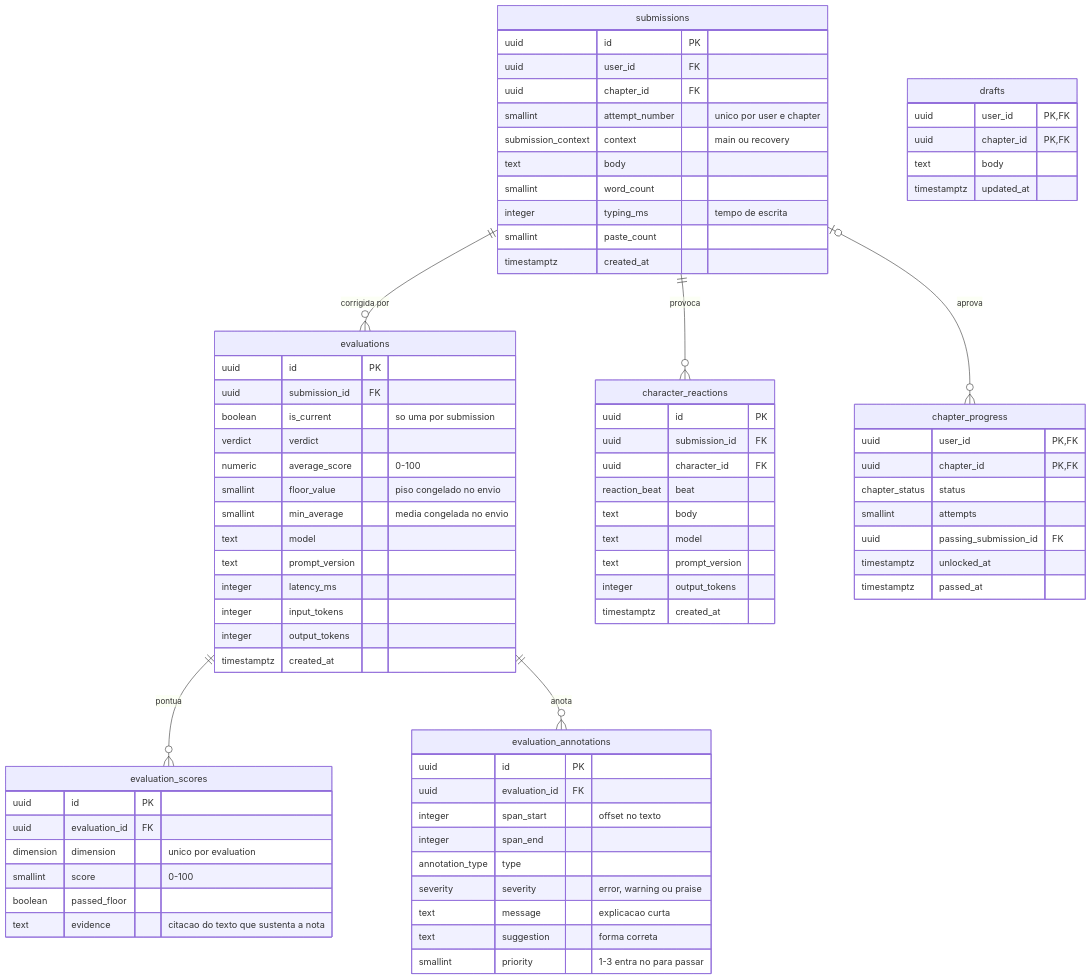
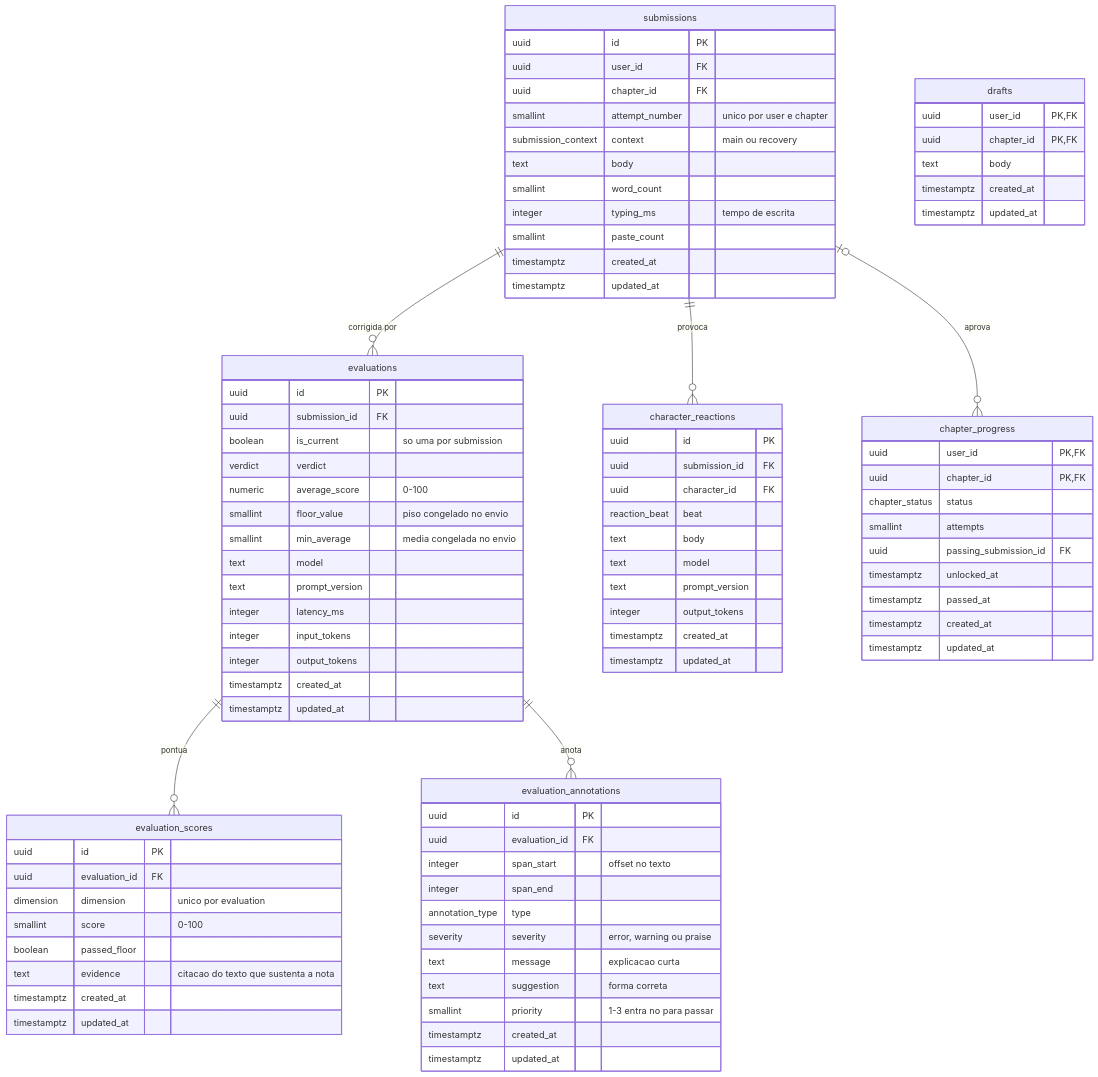
One commit to kaualimadesouza/argumenta-api changed the fourth of 5 diagrams in docs/DER.md. Above: the diagram before and after it, drawn with Mermaid. The commit also changed other lines of this file, not shown here.

```diff
--- a/docs/DER.md
+++ b/docs/DER.md
@@ -170,6 +201,7 @@
     integer typing_ms "tempo de escrita"
     smallint paste_count
     timestamptz created_at
+    timestamptz updated_at
   }
   evaluations {
     uuid id PK
@@ -185,6 +217,7 @@
     integer input_tokens
     integer output_tokens
     timestamptz created_at
+    timestamptz updated_at
   }
   evaluation_scores {
     uuid id PK
@@ -193,6 +226,8 @@
     smallint score "0-100"
     boolean passed_floor
     text evidence "citacao do texto que sustenta a nota"
+    timestamptz created_at
+    timestamptz updated_at
   }
   evaluation_annotations {
     uuid id PK
@@ -204,6 +239,8 @@
     text message "explicacao curta"
     text suggestion "forma correta"
     smallint priority "1-3 entra no para passar"
+    timestamptz created_at
+    timestamptz updated_at
   }
   character_reactions {
     uuid id PK
@@ -215,6 +252,7 @@
     text prompt_version
     integer output_tokens
     timestamptz created_at
+    timestamptz updated_at
   }
   chapter_progress {
     uuid user_id PK,FK
@@ -224,11 +262,14 @@
     uuid passing_submission_id FK
     timestamptz unlocked_at
     timestamptz passed_at
+    timestamptz created_at
+    timestamptz updated_at
   }
   drafts {
     uuid user_id PK,FK
     uuid chapter_id PK,FK
     text body
+    timestamptz created_at
     timestamptz updated_at
   }
   submissions ||--o{ evaluations : "corrigida por"
```
